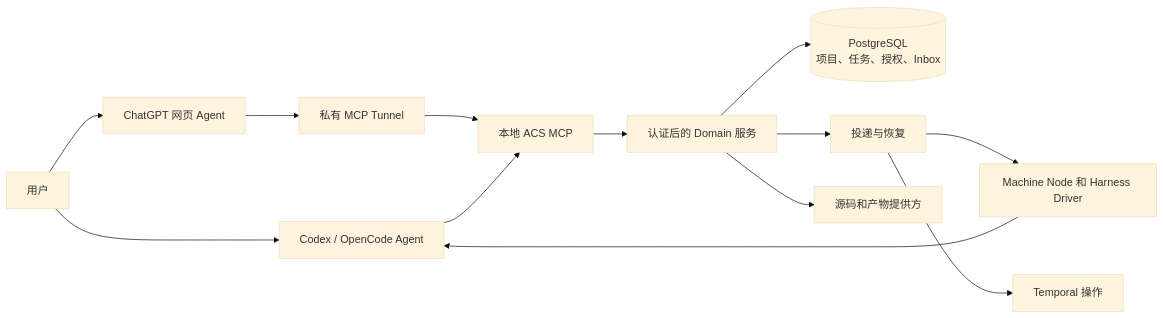
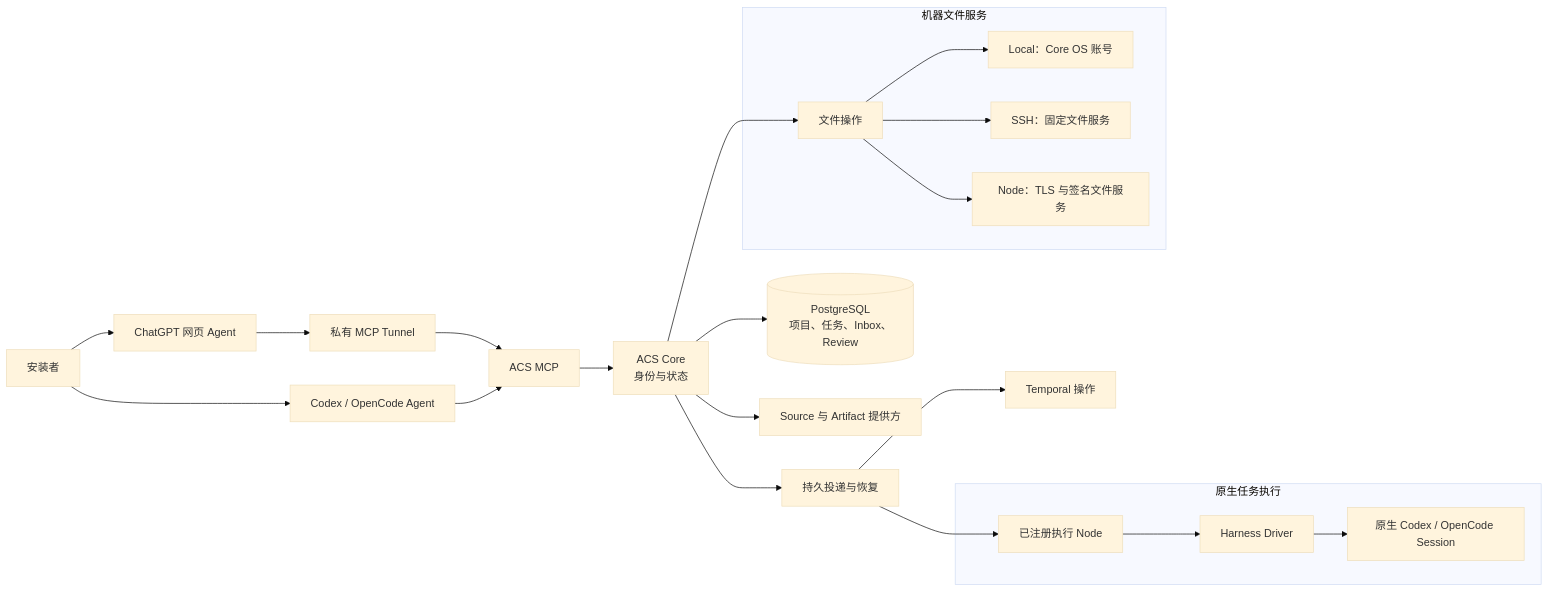
One commit to D1ChangGeng/Agent-collaboration changed the second of 3 diagrams in README.zh-CN.md. Above: the diagram before and after it, drawn with Mermaid (base theme). The commit also changed other lines of this file and 9 other files, not shown here.

````diff
--- a/README.zh-CN.md
+++ b/README.zh-CN.md
@@ -73,15 +110,24 @@
 ```mermaid
 flowchart LR
-    U[用户] --> H[Codex / OpenCode Agent]
+    U[安装者] --> H[Codex / OpenCode Agent]
     U --> W[ChatGPT 网页 Agent]
     W --> T[私有 MCP Tunnel]
-    T --> M[本地 ACS MCP]
+    T --> M[ACS MCP]
     H --> M
-    M --> D[认证后的 Domain 服务]
-    D --> P[(PostgreSQL<br/>项目、任务、授权、Inbox)]
-    D --> O[投递与恢复]
-    O --> N[Machine Node 和 Harness Driver]
+    M --> D[ACS Core<br/>身份与状态]
+    D --> P[(PostgreSQL<br/>项目、任务、Inbox、Review)]
+    D --> O[持久投递与恢复]
     O --> Q[Temporal 操作]
-    N --> H
-    D --> S[源码和产物提供方]
+    subgraph E[原生任务执行]
+        N[已注册执行 Node] --> HD[Harness Driver]
+        HD --> NS[原生 Codex / OpenCode Session]
+    end
+    O --> N
+    subgraph F[机器文件服务]
+        FS[文件操作] --> L[Local：Core OS 账号]
+        FS --> SSH[SSH：固定文件服务]
+        FS --> NF[Node：TLS 与签名文件服务]
+    end
+    D --> FS
+    D --> S[Source 与 Artifact 提供方]
 ```
````
